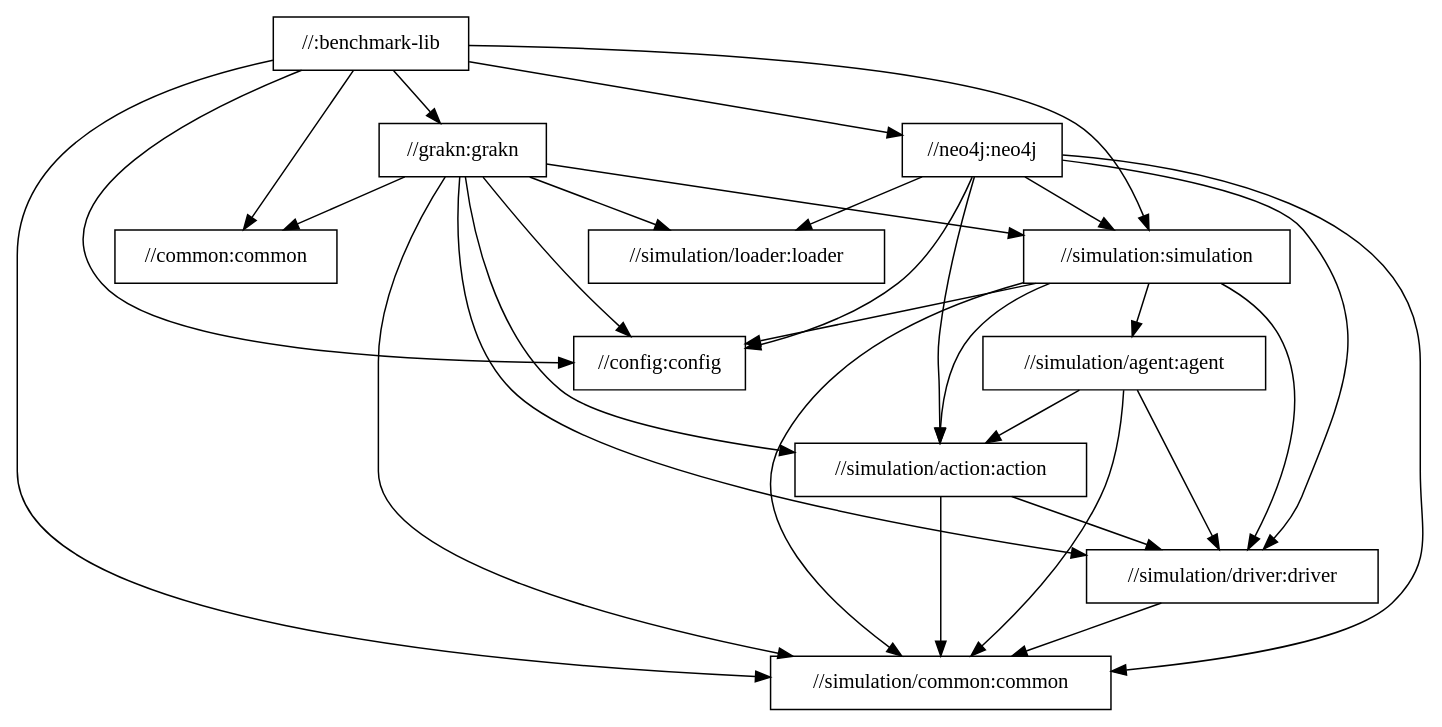
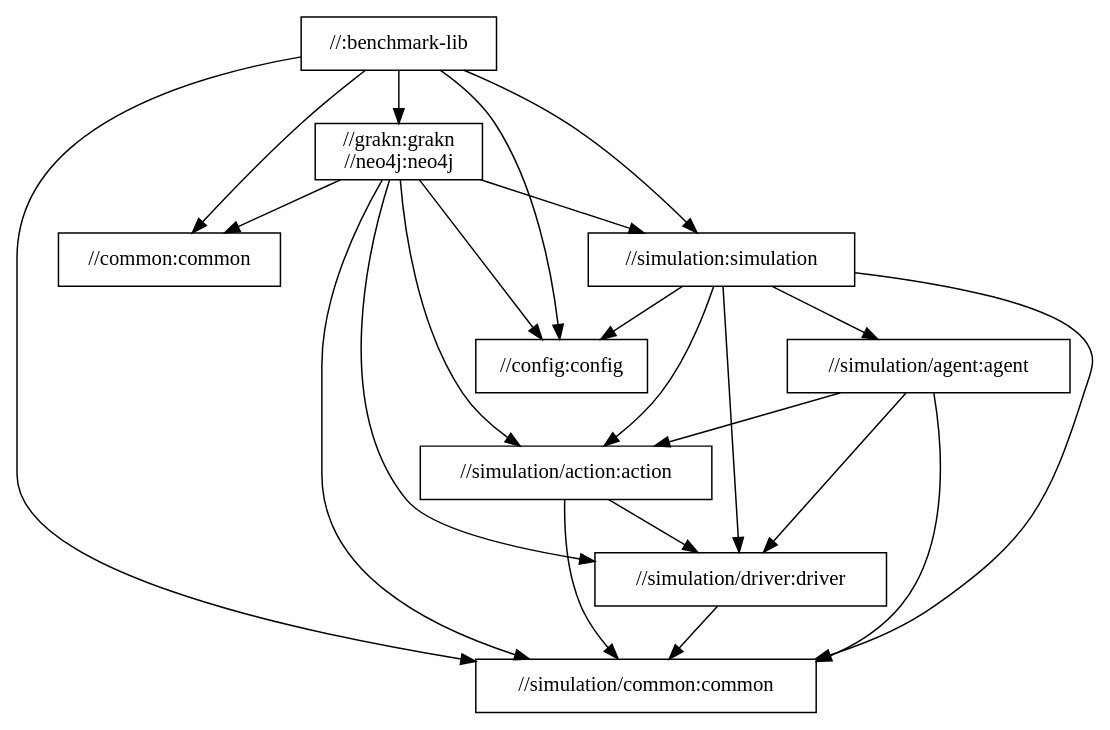
The diagram in docs/package-structure.dot (typedb/typedb-benchmark), drawn with Graphviz before and after one commit. The commit also changed 94 other files, not shown here.

```diff
--- a/docs/package-structure.dot
+++ b/docs/package-structure.dot
@@ -1,44 +1,34 @@
 digraph mygraph {
   node [shape=box];
   "//:benchmark-lib"
   "//:benchmark-lib" -> "//common:common"
   "//:benchmark-lib" -> "//config:config"
-  "//:benchmark-lib" -> "//grakn:grakn"
-  "//:benchmark-lib" -> "//neo4j:neo4j"
+  "//:benchmark-lib" -> "//grakn:grakn\n//neo4j:neo4j"
   "//:benchmark-lib" -> "//simulation:simulation"
   "//:benchmark-lib" -> "//simulation/common:common"
-  "//neo4j:neo4j"
-  "//neo4j:neo4j" -> "//config:config"
-  "//neo4j:neo4j" -> "//simulation:simulation"
-  "//neo4j:neo4j" -> "//simulation/action:action"
-  "//neo4j:neo4j" -> "//simulation/common:common"
-  "//neo4j:neo4j" -> "//simulation/driver:driver"
-  "//neo4j:neo4j" -> "//simulation/loader:loader"
-  "//grakn:grakn"
-  "//grakn:grakn" -> "//common:common"
-  "//grakn:grakn" -> "//config:config"
-  "//grakn:grakn" -> "//simulation:simulation"
-  "//grakn:grakn" -> "//simulation/action:action"
-  "//grakn:grakn" -> "//simulation/common:common"
-  "//grakn:grakn" -> "//simulation/driver:driver"
-  "//grakn:grakn" -> "//simulation/loader:loader"
-  "//simulation/loader:loader"
+  "//grakn:grakn\n//neo4j:neo4j"
+  "//grakn:grakn\n//neo4j:neo4j" -> "//common:common"
+  "//grakn:grakn\n//neo4j:neo4j" -> "//config:config"
+  "//grakn:grakn\n//neo4j:neo4j" -> "//simulation:simulation"
+  "//grakn:grakn\n//neo4j:neo4j" -> "//simulation/action:action"
+  "//grakn:grakn\n//neo4j:neo4j" -> "//simulation/common:common"
+  "//grakn:grakn\n//neo4j:neo4j" -> "//simulation/driver:driver"
   "//simulation:simulation"
   "//simulation:simulation" -> "//config:config"
   "//simulation:simulation" -> "//simulation/action:action"
   "//simulation:simulation" -> "//simulation/agent:agent"
   "//simulation:simulation" -> "//simulation/common:common"
   "//simulation:simulation" -> "//simulation/driver:driver"
+  "//common:common"
   "//simulation/agent:agent"
   "//simulation/agent:agent" -> "//simulation/action:action"
   "//simulation/agent:agent" -> "//simulation/common:common"
   "//simulation/agent:agent" -> "//simulation/driver:driver"
   "//simulation/action:action"
   "//simulation/action:action" -> "//simulation/common:common"
   "//simulation/action:action" -> "//simulation/driver:driver"
   "//simulation/driver:driver"
   "//simulation/driver:driver" -> "//simulation/common:common"
+  "//config:config"
   "//simulation/common:common"
-  "//config:config"
-  "//common:common"
 }
```
